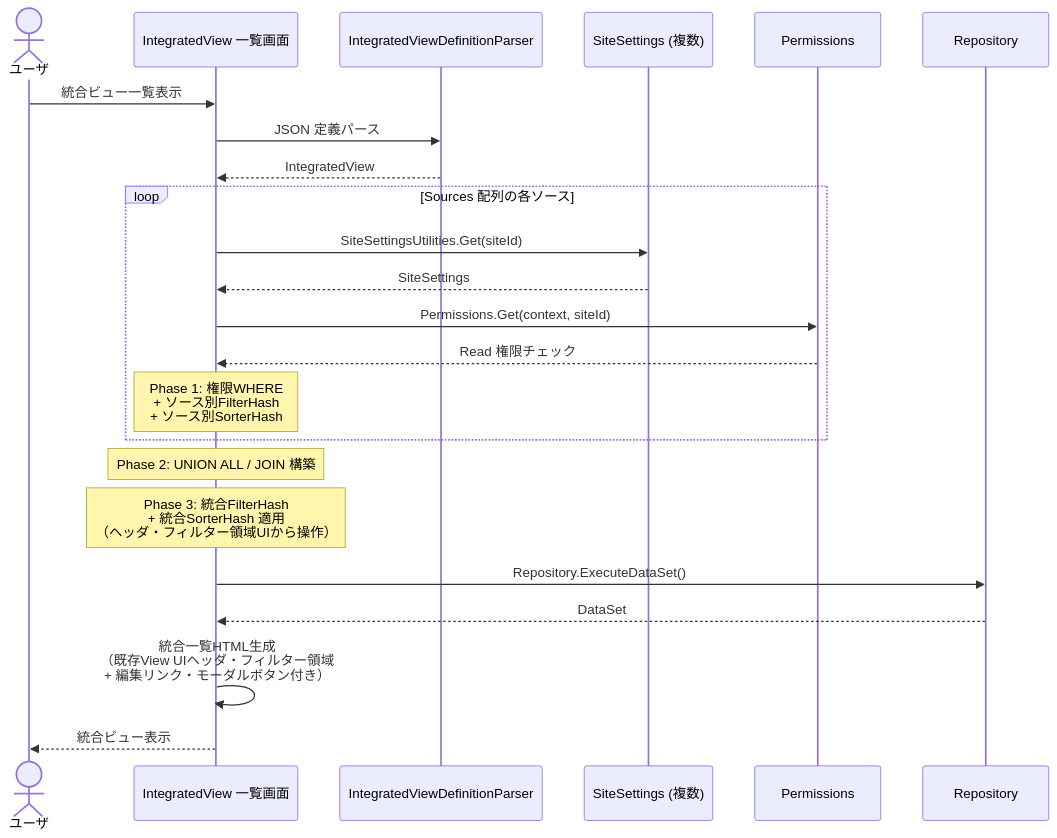
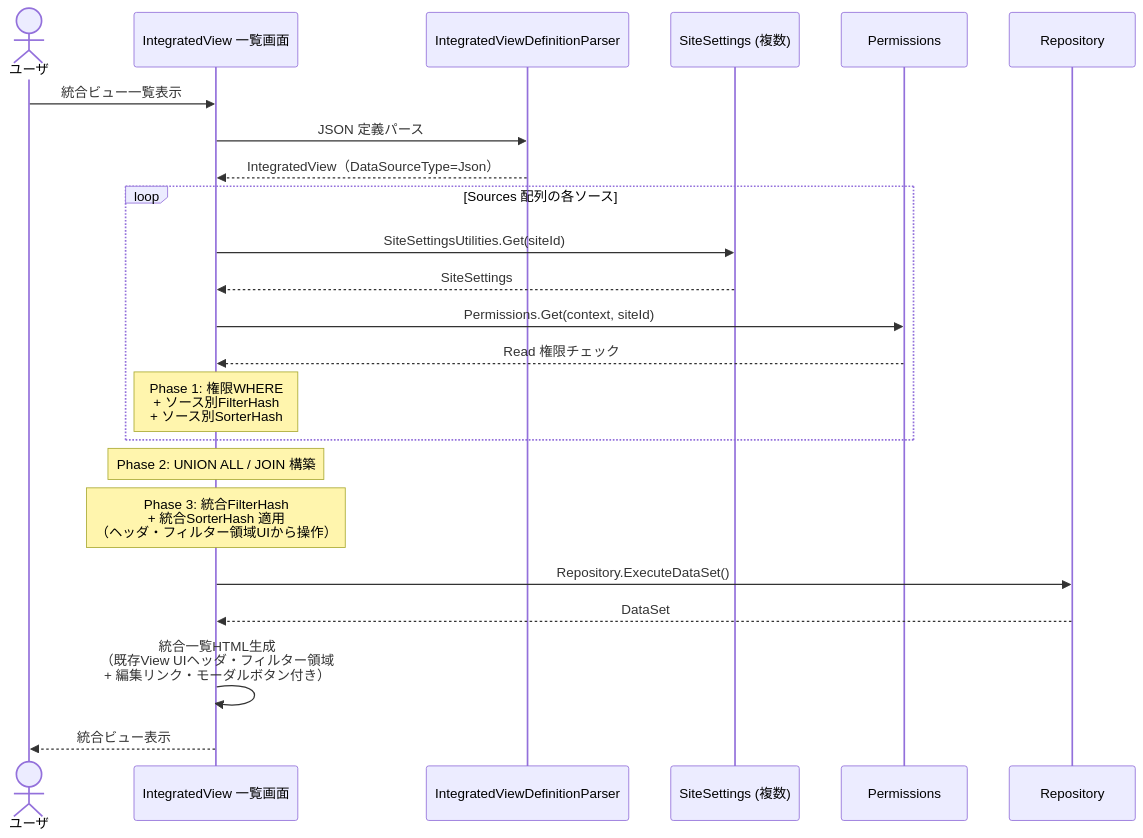
One commit to vehiclevisionjp/VehicleVision.Pleasanter.ResearchDocuments changed diagram 13 of 16 in docs/research/06-一覧・ビュー/007-複数テーブル統合ビュー.md. Above: the diagram before and after it, drawn with Mermaid. The commit also changed other lines of this file, not shown here.

````diff
--- a/docs/research/06-一覧・ビュー/007-複数テーブル統合ビュー.md
+++ b/docs/research/06-一覧・ビュー/007-複数テーブル統合ビュー.md
@@ -1244,29 +1370,29 @@
 ```mermaid
 sequenceDiagram
     actor User as ユーザ
     participant IV as IntegratedView 一覧画面
     participant Parser as IntegratedViewDefinitionParser
     participant SS as SiteSettings (複数)
     participant Perm as Permissions
     participant DB as Repository
 
     User->>IV: 統合ビュー一覧表示
     IV->>Parser: JSON 定義パース
-    Parser-->>IV: IntegratedView
+    Parser-->>IV: IntegratedView（DataSourceType=Json）
 
     loop Sources 配列の各ソース
         IV->>SS: SiteSettingsUtilities.Get(siteId)
         SS-->>IV: SiteSettings
         IV->>Perm: Permissions.Get(context, siteId)
         Perm-->>IV: Read 権限チェック
         Note over IV: Phase 1: 権限WHERE<br/>+ ソース別FilterHash<br/>+ ソース別SorterHash
     end
 
     Note over IV: Phase 2: UNION ALL / JOIN 構築
     Note over IV: Phase 3: 統合FilterHash<br/>+ 統合SorterHash 適用<br/>（ヘッダ・フィルター領域UIから操作）
     IV->>DB: Repository.ExecuteDataSet()
     DB-->>IV: DataSet
 
     IV->>IV: 統合一覧HTML生成<br/>（既存View UIヘッダ・フィルター領域<br/>+ 編集リンク・モーダルボタン付き）
     IV-->>User: 統合ビュー表示
 ```
````
